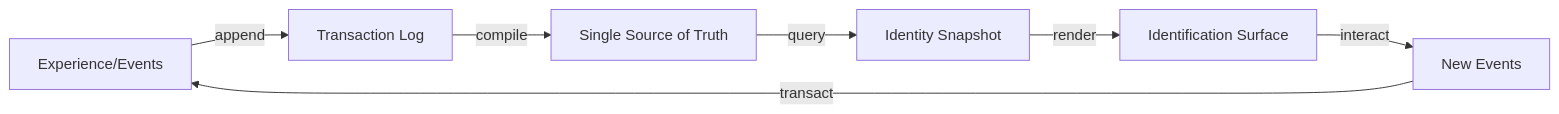
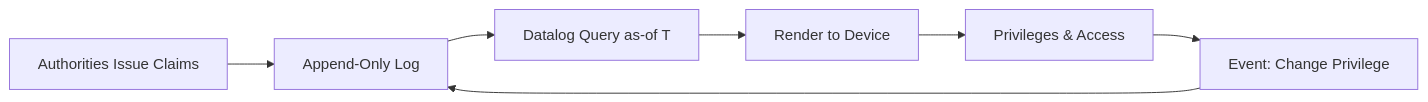
The first of 10 diagrams in conj-talk-2025.md (Synthetic-Identity-Co/conj-talk-2025), drawn with Mermaid before and after one commit. The commit also changed other lines of this file, not shown here.

````diff
--- a/conj-talk-2025.md
+++ b/conj-talk-2025.md
@@ -136,9 +89,9 @@
 ```mermaid
 graph LR
-    A[Experience/Events] -->|append| B[Transaction Log]
-    B -->|compile| C[Single Source of Truth]
-    C -->|query| D[Identity Snapshot]
-    D -->|render| E[Identification Surface]
-    E -->|interact| F[New Events]
-    F -->|transact| A
+    A[Authorities Issue Claims] --> B[Append-Only Log]
+    B --> C[Datalog Query as-of T]
+    C --> D[Render to Device]
+    D --> E[Privileges & Access]
+    E --> F[Event: Change Privilege]
+    F --> B
 ```
````
